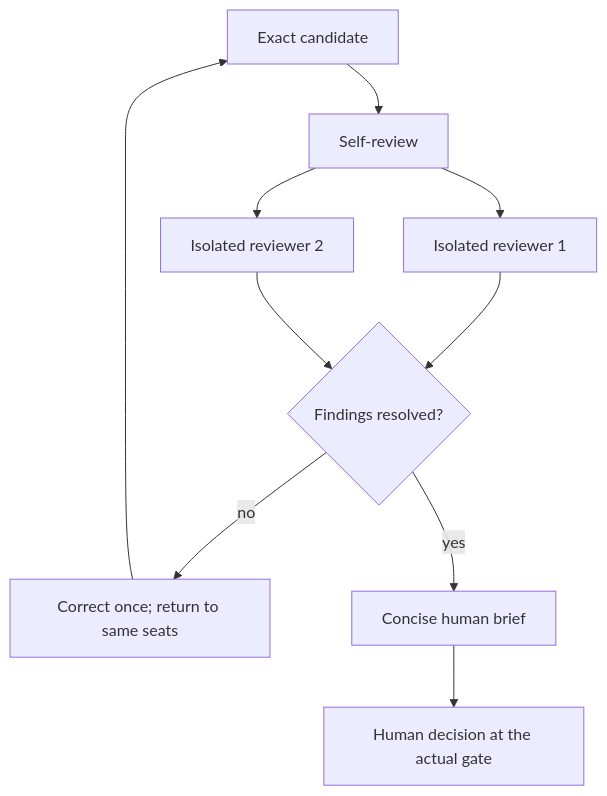
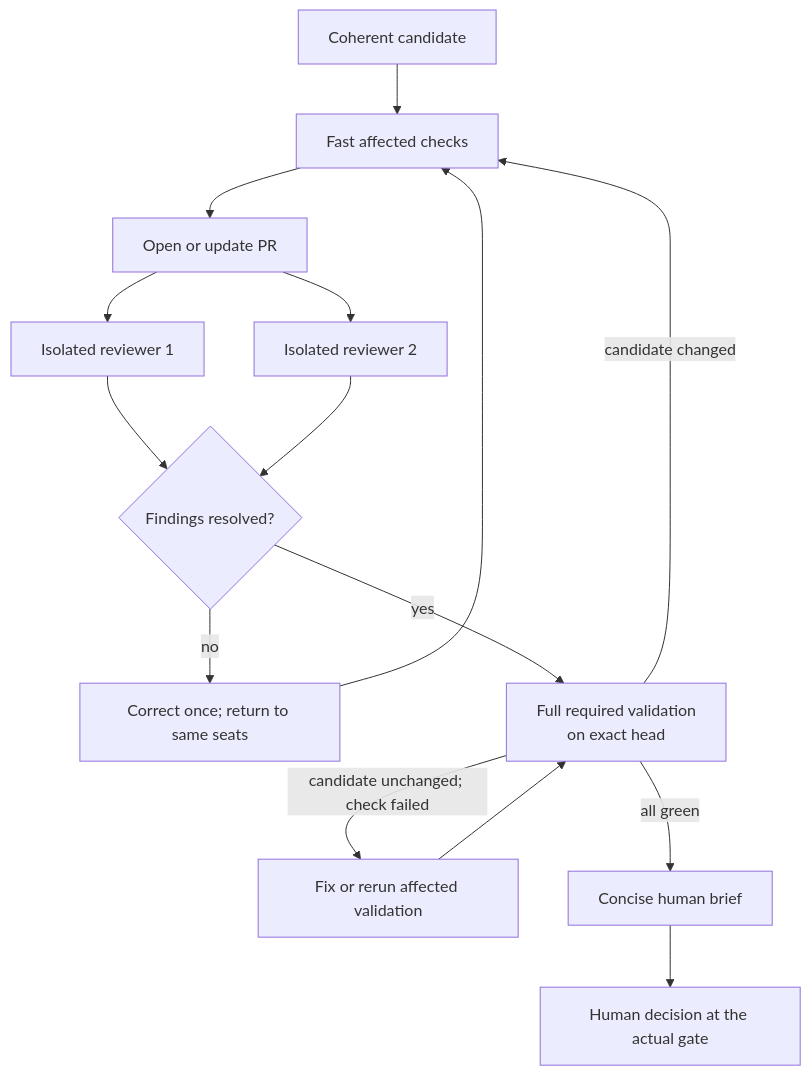
Before and after one commit to hhhhhusky777/spec-driven-delivery-playbook: the eighth of 11 diagrams in README.md, drawn with Mermaid. The commit also changed other lines of this file and 7 other files, not shown here.

Commit message:
Improve worktree readiness and review validation

````diff
--- a/README.md
+++ b/README.md
@@ -358,12 +355,17 @@
 ```mermaid
 flowchart TD
-    C["Exact candidate"] --> S["Self-review"]
-    S --> R1["Isolated reviewer 1"]
-    S --> R2["Isolated reviewer 2"]
+    C["Coherent candidate"] --> F["Fast affected checks"]
+    F --> P["Open or update PR"]
+    P --> R1["Isolated reviewer 1"]
+    P --> R2["Isolated reviewer 2"]
     R1 --> J{"Findings resolved?"}
     R2 --> J
     J -->|"no"| X["Correct once; return to same seats"]
-    X --> C
-    J -->|"yes"| B["Concise human brief"]
+    X --> F
+    J -->|"yes"| V["Full required validation<br/>on exact head"]
+    V -->|"candidate unchanged; check failed"| Q["Fix or rerun affected validation"]
+    Q --> V
+    V -->|"candidate changed"| F
+    V -->|"all green"| B["Concise human brief"]
     B --> H["Human decision at the actual gate"]
 ```
````
